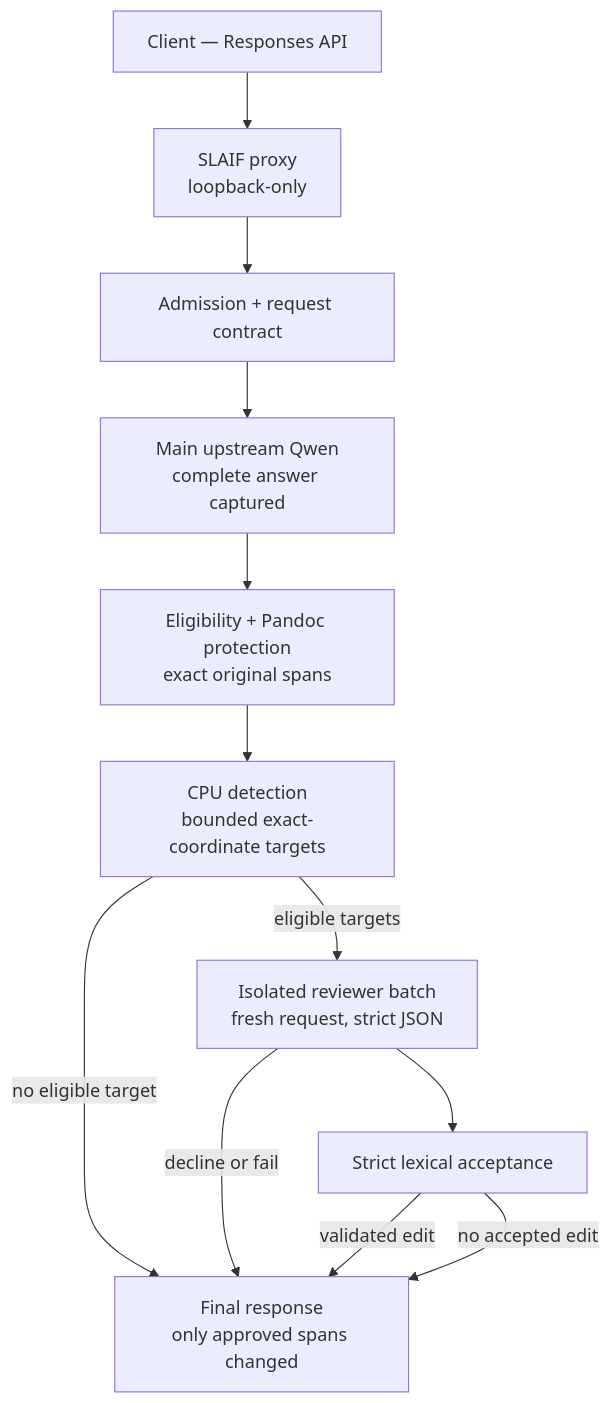
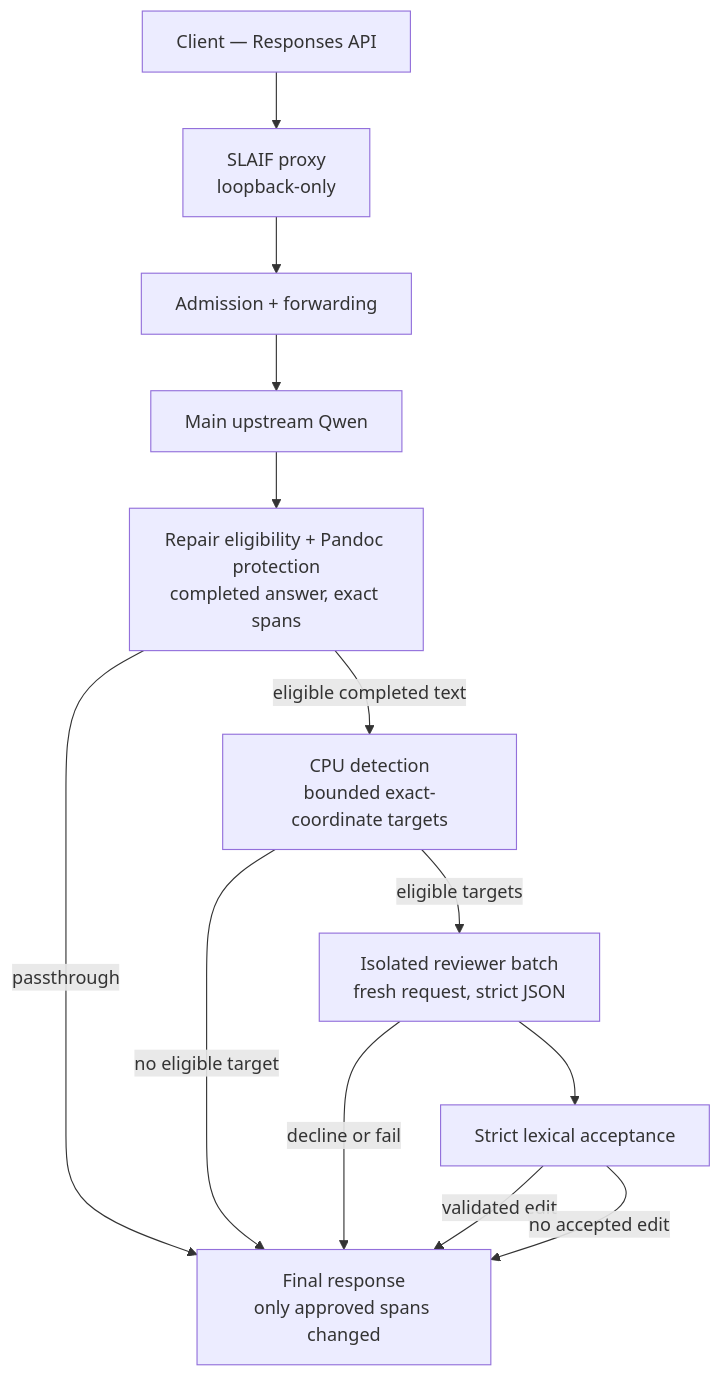
Before and after one commit to ulfe-lmi/llm-slovenian-repair: the diagram in README.md, drawn with Mermaid. The commit also changed other lines of this file and 11 other files, not shown here.

Commit message:
Forward API traffic transparently around eligible language repair

````diff
--- a/README.md
+++ b/README.md
@@ -39,19 +40,21 @@
 ```mermaid
 flowchart TD
     client["Client — Responses API"]
     proxy["SLAIF proxy<br/>loopback-only"]
-    admit["Admission + request contract"]
-    main["Main upstream Qwen<br/>complete answer captured"]
-    gate["Eligibility + Pandoc protection<br/>exact original spans"]
+    admit["Admission + forwarding"]
+    main["Main upstream Qwen"]
+    gate["Repair eligibility + Pandoc protection<br/>completed answer, exact spans"]
     cpu["CPU detection<br/>bounded exact-coordinate targets"]
     review["Isolated reviewer batch<br/>fresh request, strict JSON"]
     accept["Strict lexical acceptance"]
     out["Final response<br/>only approved spans changed"]
 
-    client --> proxy --> admit --> main --> gate --> cpu
+    client --> proxy --> admit --> main --> gate
+    gate -->|eligible completed text| cpu
+    gate -->|passthrough| out
     cpu -->|eligible targets| review --> accept
     cpu -->|no eligible target| out
     review -->|decline or fail| out
     accept -->|validated edit| out
     accept -->|no accepted edit| out
 ```
````
